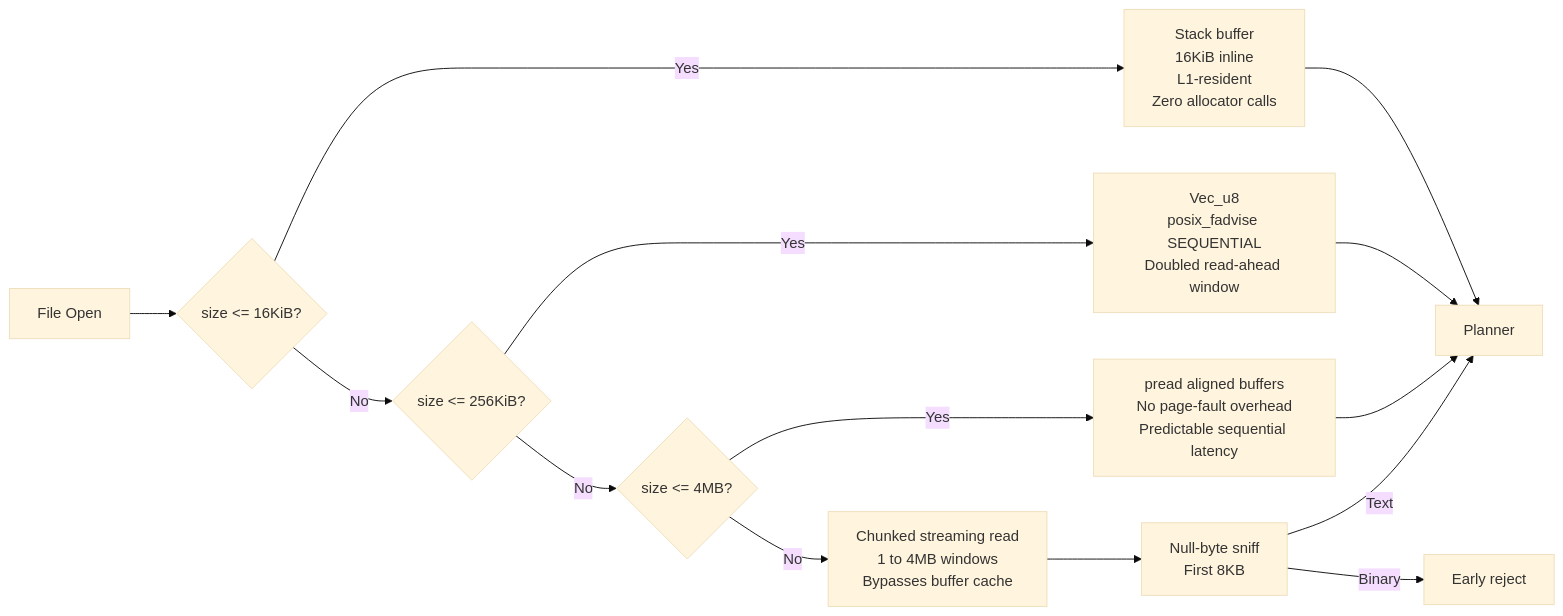
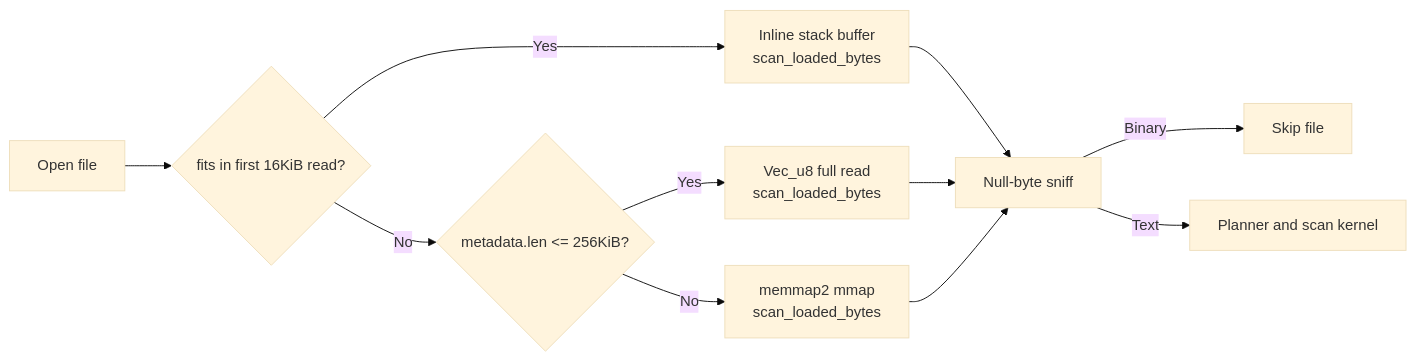
One commit to savageops/iEx changed the sixth of 6 diagrams in README.md. Above: the diagram before and after it, drawn with Mermaid (base theme). The commit also changed other lines of this file and 4 other files, not shown here.

First line of the commit message:
docs: sync regex architecture and proof guidance

````diff
--- a/README.md
+++ b/README.md
@@ -305,16 +312,13 @@
 ```mermaid
 flowchart LR
-    A[File Open] --> B{size <= 16KiB?}
-    B -->|Yes| C[Stack buffer\n16KiB inline\nL1-resident\nZero allocator calls]
-    B -->|No| D{size <= 256KiB?}
-    D -->|Yes| E[Vec_u8\nposix_fadvise SEQUENTIAL\nDoubled read-ahead window]
-    D -->|No| F{size <= 4MB?}
-    F -->|Yes| G[pread aligned buffers\nNo page-fault overhead\nPredictable sequential latency]
-    F -->|No| H[Chunked streaming read\n1 to 4MB windows\nBypasses buffer cache]
-    H --> I[Null-byte sniff\nFirst 8KB]
-    I -->|Binary| J[Early reject]
-    I -->|Text| K[Planner]
-    G --> K
-    E --> K
-    C --> K
+    A[Open file] --> B{fits in first 16KiB read?}
+    B -->|Yes| C[Inline stack buffer\nscan_loaded_bytes]
+    B -->|No| D{metadata.len <= 256KiB?}
+    D -->|Yes| E[Vec_u8 full read\nscan_loaded_bytes]
+    D -->|No| F[memmap2 mmap\nscan_loaded_bytes]
+    C --> G[Null-byte sniff]
+    E --> G
+    F --> G
+    G -->|Binary| H[Skip file]
+    G -->|Text| I[Planner and scan kernel]
 ```
````
